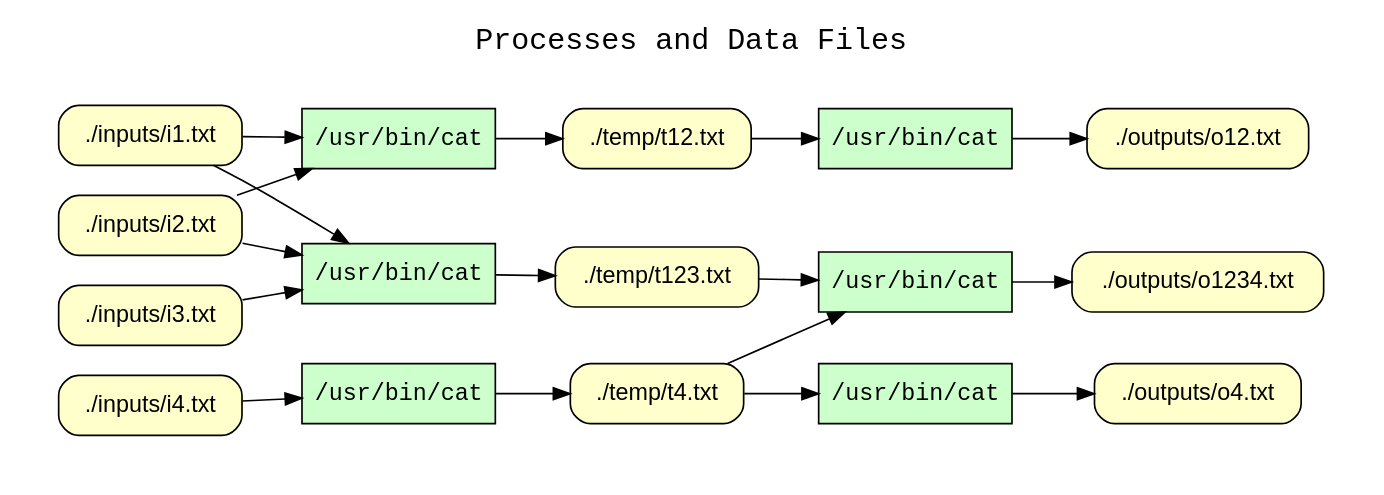
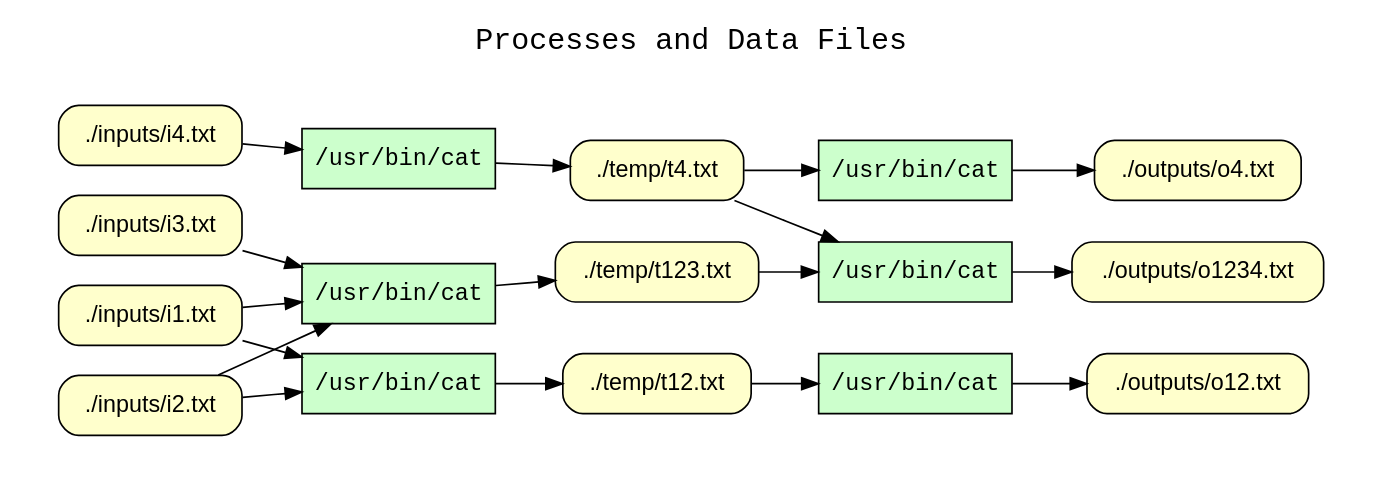
Before and after one commit to CIRSS/cpr: the diagram in examples/08-branched-pipeline/graphs.d/cpr_processes_and_data_files.dot, drawn with Graphviz. The commit also changed other lines of this file and 7 other files, not shown here.

```diff
--- a/examples/08-branched-pipeline/graphs.d/cpr_processes_and_data_files.dot
+++ b/examples/08-branched-pipeline/graphs.d/cpr_processes_and_data_files.dot
@@ -1,43 +1,43 @@
 
 digraph cpr_run {
 rankdir=LR
 fontname=Courier; fontsize=18; labelloc=t
 label="Processes and Data Files"
 subgraph cluster_inputs { label=""; color=white; penwidth=0
 subgraph cluster_inputs_inner { label=""; color=white
 node[shape=box style="filled" fillcolor="#CCFFCC" peripheries=1 fontname=Courier]
 "exe:e7" [label="/usr/bin/cat"]
 "exe:e6" [label="/usr/bin/cat"]
 "exe:e5" [label="/usr/bin/cat"]
 "exe:e4" [label="/usr/bin/cat"]
 "exe:e3" [label="/usr/bin/cat"]
 "exe:e2" [label="/usr/bin/cat"]
 node[shape=box style="rounded,filled" fillcolor="#FFFFCC" peripheries=1 fontname=Helvetica]
+"access:i18" [label="./inputs/i3.txt"]
+"access:i19" [label="./temp/t4.txt"]
+"access:i20" [label="./inputs/i4.txt"]
+"access:i9" [label="./temp/t12.txt"]
 "access:i21" [label="./outputs/o12.txt"]
 "access:i22" [label="./outputs/o1234.txt"]
 "access:i15" [label="./inputs/i1.txt"]
 "access:i23" [label="./outputs/o4.txt"]
 "access:i16" [label="./inputs/i2.txt"]
 "access:i17" [label="./temp/t123.txt"]
-"access:i18" [label="./inputs/i3.txt"]
-"access:i19" [label="./temp/t4.txt"]
-"access:i20" [label="./inputs/i4.txt"]
-"access:i9" [label="./temp/t12.txt"]
 "exe:e7" -> "access:i23"
 "exe:e6" -> "access:i22"
 "exe:e5" -> "access:i21"
 "exe:e4" -> "access:i19"
 "exe:e3" -> "access:i17"
 "exe:e2" -> "access:i9"
 "access:i19" -> "exe:e7"
 "access:i17" -> "exe:e6"
 "access:i19" -> "exe:e6"
 "access:i9" -> "exe:e5"
 "access:i20" -> "exe:e4"
 "access:i15" -> "exe:e3"
 "access:i16" -> "exe:e3"
 "access:i18" -> "exe:e3"
 "access:i15" -> "exe:e2"
 "access:i16" -> "exe:e2"
 }}
 }
```
